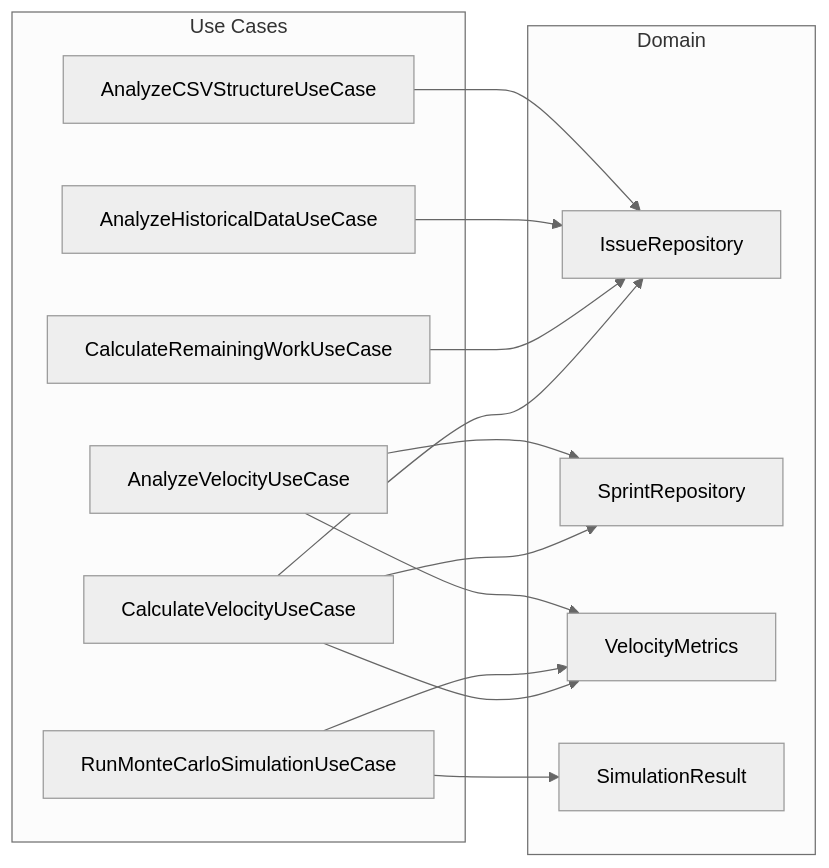
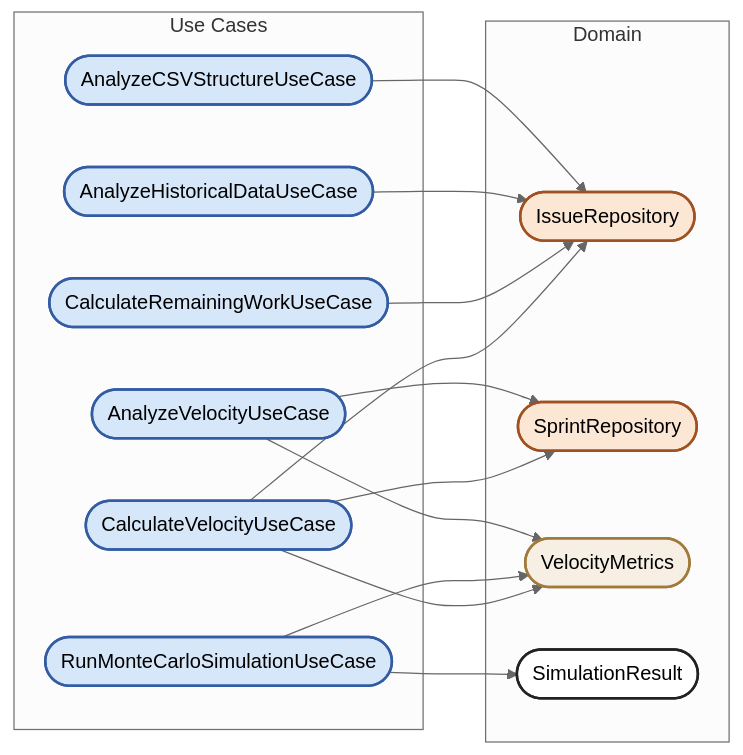
One commit to opreto/jira-monte-carlo changed the third of 7 diagrams in ARCHITECTURE.md. Above: the diagram before and after it, drawn with Mermaid (neutral theme). The commit also changed other lines of this file and 1 other file, not shown here.

First line of the commit message:
Style all mermaid diagrams with professional formatting

````diff
--- a/ARCHITECTURE.md
+++ b/ARCHITECTURE.md
@@ -175,34 +183,49 @@
 ```mermaid
-graph LR
-    subgraph "Use Cases"
-        CV[CalculateVelocityUseCase]
-        MC[RunMonteCarloSimulationUseCase]
-        RW[CalculateRemainingWorkUseCase]
-        HD[AnalyzeHistoricalDataUseCase]
-        CS[AnalyzeCSVStructureUseCase]
-        AV[AnalyzeVelocityUseCase]
+%%{init: { 'flowchart': { 'curve': 'basis', 'htmlLabels': false }}}%%
+flowchart LR
+    subgraph UC["Use Cases"]
+        CV([CalculateVelocityUseCase])
+        MC([RunMonteCarloSimulationUseCase])
+        RW([CalculateRemainingWorkUseCase])
+        HD([AnalyzeHistoricalDataUseCase])
+        CS([AnalyzeCSVStructureUseCase])
+        AV([AnalyzeVelocityUseCase])
     end
     
-    subgraph "Domain"
-        IR[IssueRepository]
-        SR[SprintRepository]
-        VM[VelocityMetrics]
-        SR2[SimulationResult]
+    subgraph Domain
+        IR([IssueRepository])
+        SR([SprintRepository])
+        VM([VelocityMetrics])
+        SR2([SimulationResult])
     end
     
     CV --> IR
     CV --> SR
     CV --> VM
     
     MC --> SR2
     MC --> VM
     
     RW --> IR
     
     HD --> IR
     
     CS --> IR
     
     AV --> SR
     AV --> VM
+
+    %% Style use cases
+    style CV fill:#D7E7FA,stroke:#335CA5,stroke-width:2px
+    style MC fill:#D7E7FA,stroke:#335CA5,stroke-width:2px
+    style RW fill:#D7E7FA,stroke:#335CA5,stroke-width:2px
+    style HD fill:#D7E7FA,stroke:#335CA5,stroke-width:2px
+    style CS fill:#D7E7FA,stroke:#335CA5,stroke-width:2px
+    style AV fill:#D7E7FA,stroke:#335CA5,stroke-width:2px
+
+    %% Style domain components
+    style IR fill:#FBE7D4,stroke:#A05121,stroke-width:2px
+    style SR fill:#FBE7D4,stroke:#A05121,stroke-width:2px
+    style VM fill:#F7EFE3,stroke:#A1793B,stroke-width:2px
+    style SR2 fill:#FFF,stroke:#222,stroke-width:2px
 ```
````
